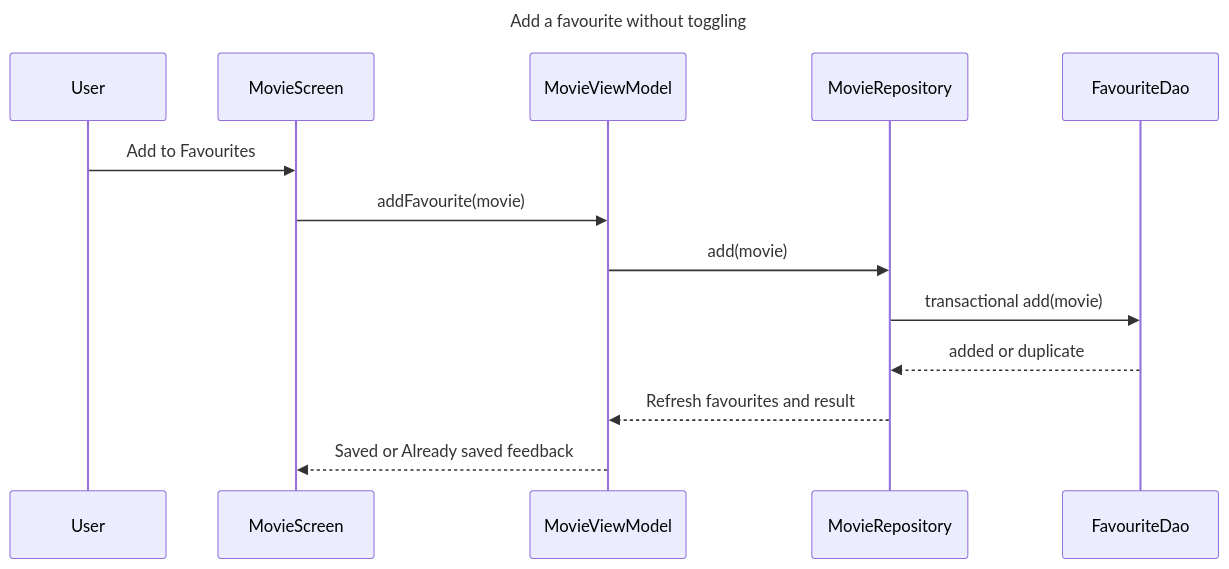
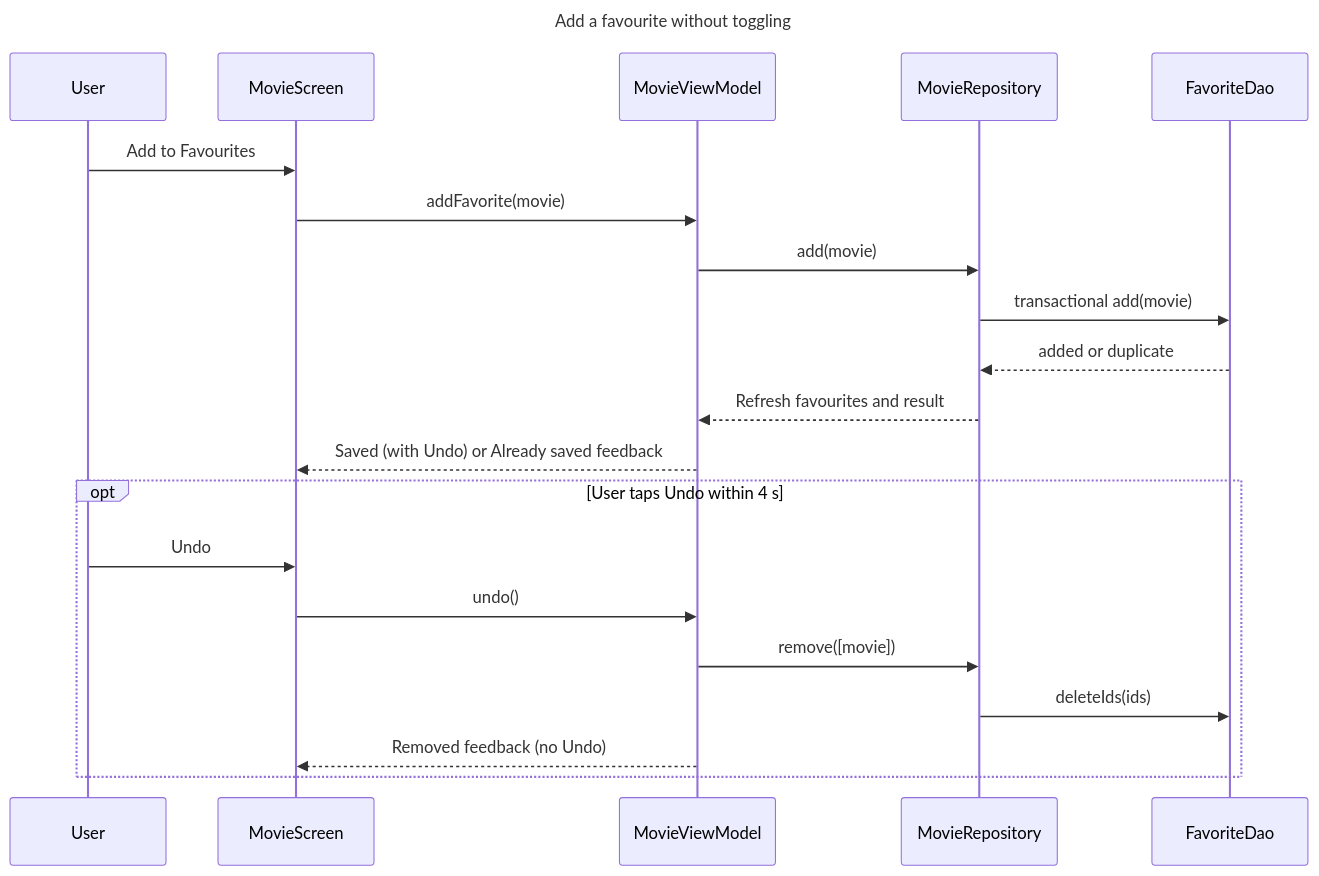
Before and after one commit to USTH-B3-Projects/MAD-IMDB-Client: the third of 4 diagrams in docs/architecture.md, drawn with Mermaid. The commit also changed other lines of this file, not shown here.

````diff
--- a/docs/architecture.md
+++ b/docs/architecture.md
@@ -77,17 +77,24 @@
 ```mermaid
 sequenceDiagram
     title Add a favourite without toggling
     participant User
     participant MovieScreen
     participant MovieViewModel
     participant MovieRepository
-    participant FavouriteDao
+    participant FavoriteDao
 
     User->>MovieScreen: Add to Favourites
-    MovieScreen->>MovieViewModel: addFavourite(movie)
+    MovieScreen->>MovieViewModel: addFavorite(movie)
     MovieViewModel->>MovieRepository: add(movie)
-    MovieRepository->>FavouriteDao: transactional add(movie)
-    FavouriteDao-->>MovieRepository: added or duplicate
+    MovieRepository->>FavoriteDao: transactional add(movie)
+    FavoriteDao-->>MovieRepository: added or duplicate
     MovieRepository-->>MovieViewModel: Refresh favourites and result
-    MovieViewModel-->>MovieScreen: Saved or Already saved feedback
+    MovieViewModel-->>MovieScreen: Saved (with Undo) or Already saved feedback
+    opt User taps Undo within 4 s
+        User->>MovieScreen: Undo
+        MovieScreen->>MovieViewModel: undo()
+        MovieViewModel->>MovieRepository: remove([movie])
+        MovieRepository->>FavoriteDao: deleteIds(ids)
+        MovieViewModel-->>MovieScreen: Removed feedback (no Undo)
+    end
 ```
````
